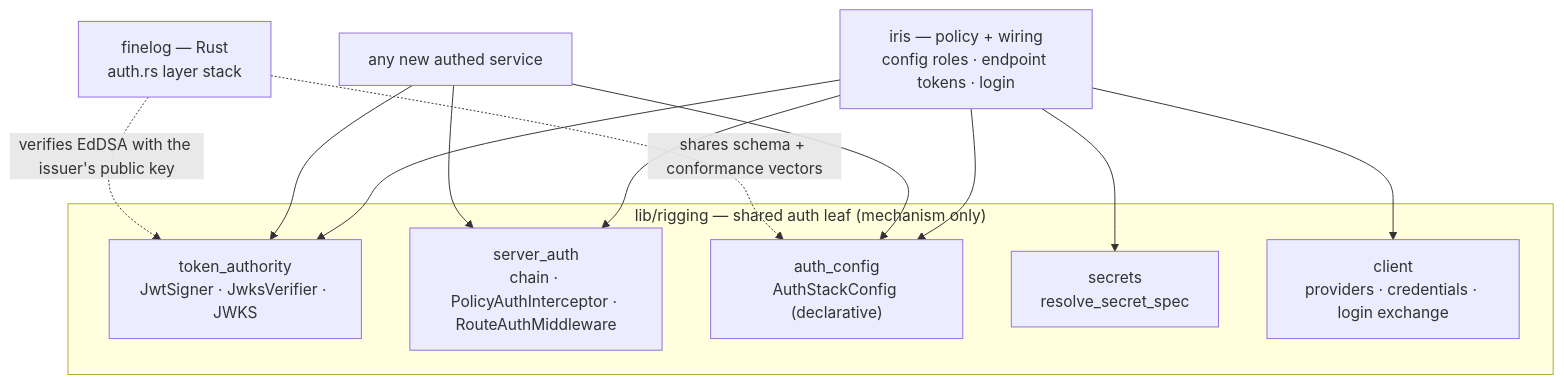
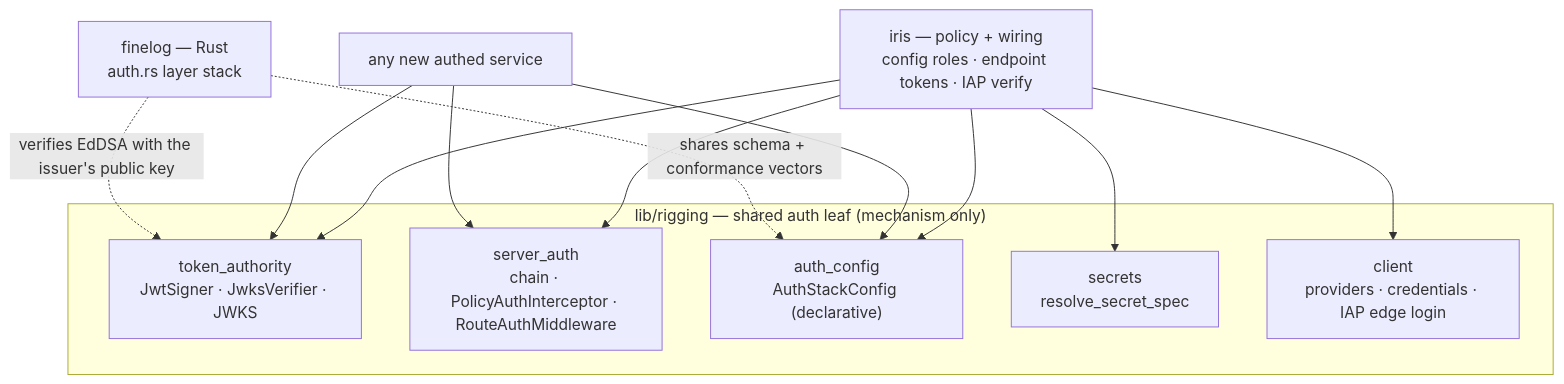
The first of 5 diagrams in .agents/projects/unified_server_auth/design.md (marin-community/marin), drawn with Mermaid before and after one commit. The commit also changed other lines of this file and 2 other files, not shown here.

First line of the commit message:
[auth] Document pure-IAP user auth and the endpoint/proxy token model

````diff
--- a/.agents/projects/unified_server_auth/design.md
+++ b/.agents/projects/unified_server_auth/design.md
@@ -32,23 +32,23 @@
 ```mermaid
 graph TD
     subgraph RIG["lib/rigging — shared auth leaf (mechanism only)"]
         TA["token_authority<br/>JwtSigner · JwksVerifier · JWKS"]
         SA["server_auth<br/>chain · PolicyAuthInterceptor · RouteAuthMiddleware"]
         CFG["auth_config<br/>AuthStackConfig (declarative)"]
         SEC["secrets<br/>resolve_secret_spec"]
-        CL["client<br/>providers · credentials · login exchange"]
+        CL["client<br/>providers · credentials · IAP edge login"]
     end
-    IRIS["iris — policy + wiring<br/>config roles · endpoint tokens · login"]
+    IRIS["iris — policy + wiring<br/>config roles · endpoint tokens · IAP verify"]
     FL["finelog — Rust<br/>auth.rs layer stack"]
     SVC["any new authed service"]
     IRIS --> TA
     IRIS --> SA
     IRIS --> CFG
     IRIS --> SEC
     IRIS --> CL
     SVC --> TA
     SVC --> SA
     SVC --> CFG
     FL -. "shares schema + conformance vectors" .-> CFG
     FL -. "verifies EdDSA with the issuer's public key" .-> TA
 ```
````
